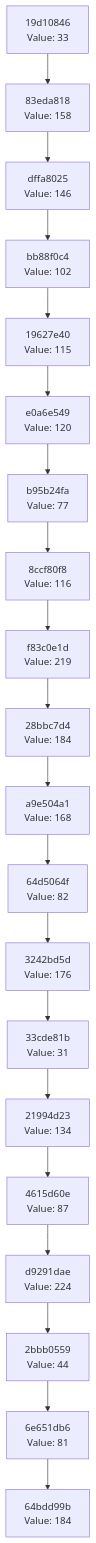
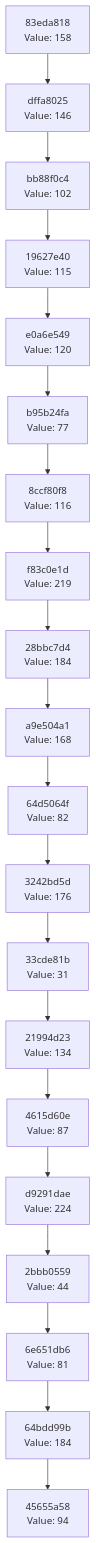
Before and after one commit to Abhisheksinha1506/hash-chain-evolver: the diagram in docs/CHAIN_VISUALIZATION.md, drawn with Mermaid. The commit also changed 2 other files, not shown here.

Commit message:
Evolution Step

````diff
--- a/docs/CHAIN_VISUALIZATION.md
+++ b/docs/CHAIN_VISUALIZATION.md
@@ -3,42 +3,42 @@
 ```mermaid
 graph TD
-    C0["64bdd99b<br/>Value: 184"]
-    C1["6e651db6<br/>Value: 81"]
+    C0["45655a58<br/>Value: 94"]
+    C1["64bdd99b<br/>Value: 184"]
     C1 --> C0
-    C2["2bbb0559<br/>Value: 44"]
+    C2["6e651db6<br/>Value: 81"]
     C2 --> C1
-    C3["d9291dae<br/>Value: 224"]
+    C3["2bbb0559<br/>Value: 44"]
     C3 --> C2
-    C4["4615d60e<br/>Value: 87"]
+    C4["d9291dae<br/>Value: 224"]
     C4 --> C3
-    C5["21994d23<br/>Value: 134"]
+    C5["4615d60e<br/>Value: 87"]
     C5 --> C4
-    C6["33cde81b<br/>Value: 31"]
+    C6["21994d23<br/>Value: 134"]
     C6 --> C5
-    C7["3242bd5d<br/>Value: 176"]
+    C7["33cde81b<br/>Value: 31"]
     C7 --> C6
-    C8["64d5064f<br/>Value: 82"]
+    C8["3242bd5d<br/>Value: 176"]
     C8 --> C7
-    C9["a9e504a1<br/>Value: 168"]
+    C9["64d5064f<br/>Value: 82"]
     C9 --> C8
-    C10["28bbc7d4<br/>Value: 184"]
+    C10["a9e504a1<br/>Value: 168"]
     C10 --> C9
-    C11["f83c0e1d<br/>Value: 219"]
+    C11["28bbc7d4<br/>Value: 184"]
     C11 --> C10
-    C12["8ccf80f8<br/>Value: 116"]
+    C12["f83c0e1d<br/>Value: 219"]
     C12 --> C11
-    C13["b95b24fa<br/>Value: 77"]
+    C13["8ccf80f8<br/>Value: 116"]
     C13 --> C12
-    C14["e0a6e549<br/>Value: 120"]
+    C14["b95b24fa<br/>Value: 77"]
     C14 --> C13
-    C15["19627e40<br/>Value: 115"]
+    C15["e0a6e549<br/>Value: 120"]
     C15 --> C14
-    C16["bb88f0c4<br/>Value: 102"]
+    C16["19627e40<br/>Value: 115"]
     C16 --> C15
-    C17["dffa8025<br/>Value: 146"]
+    C17["bb88f0c4<br/>Value: 102"]
     C17 --> C16
-    C18["83eda818<br/>Value: 158"]
+    C18["dffa8025<br/>Value: 146"]
     C18 --> C17
-    C19["19d10846<br/>Value: 33"]
+    C19["83eda818<br/>Value: 158"]
     C19 --> C18
 ```
````
